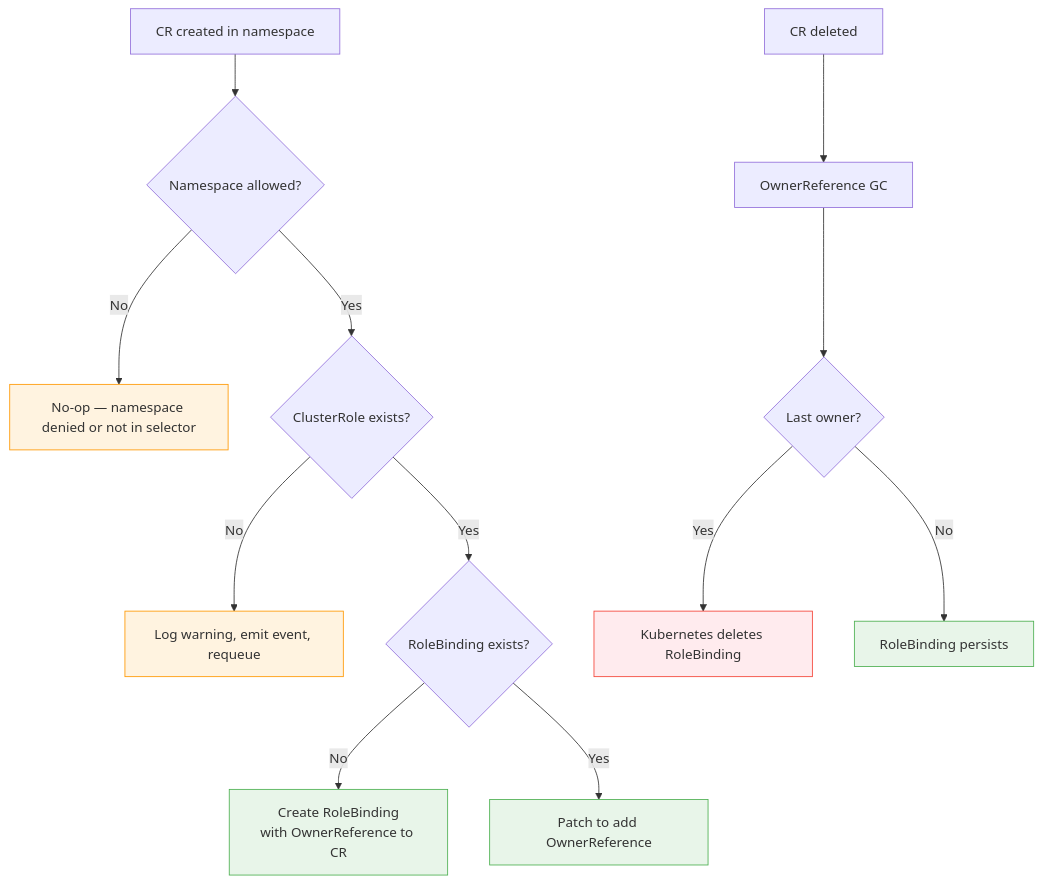
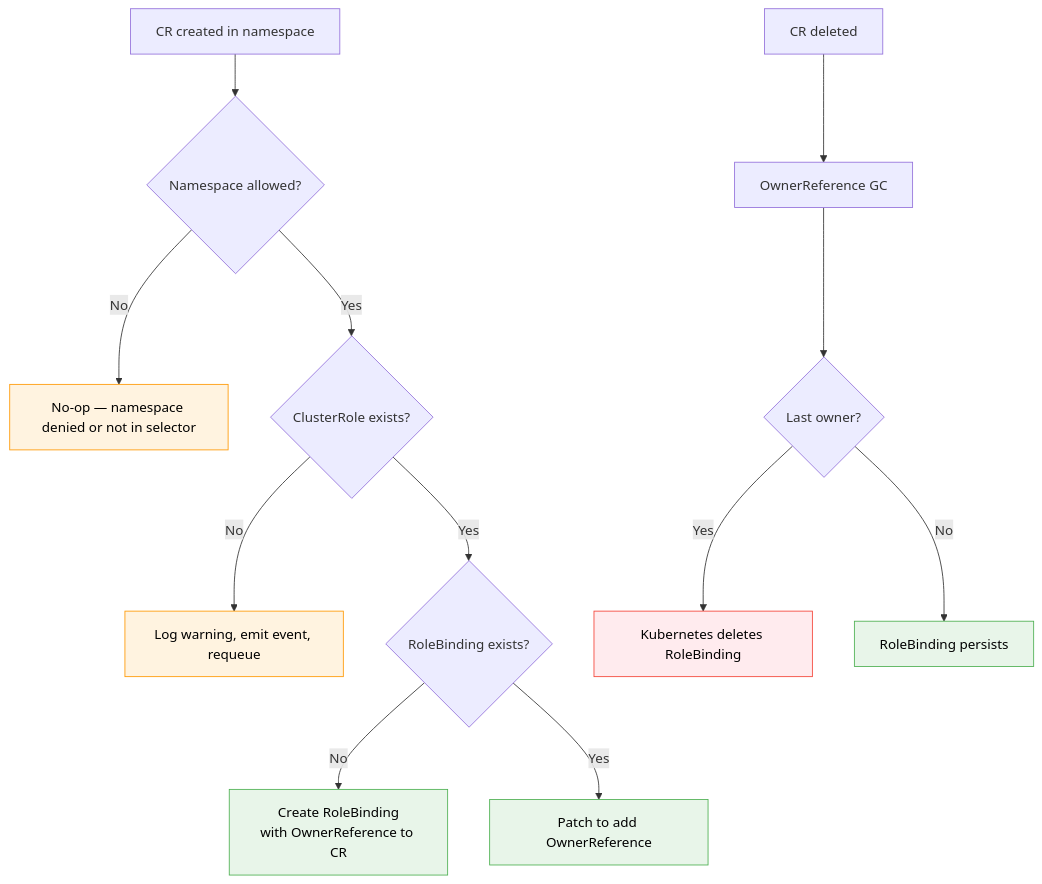
Before and after one commit to opendatahub-io/operator-rbac-toolkit: the diagram in site/docs/architecture/rbac-scoping.md, drawn with Mermaid. The commit also changed 9 other files, not shown here.

First line of the commit message:
fix(site): add explicit dark text color to all mermaid diagrams

````diff
--- a/site/docs/architecture/rbac-scoping.md
+++ b/site/docs/architecture/rbac-scoping.md
@@ -43,22 +43,22 @@
 ```mermaid
 flowchart TD
     A[CR created in namespace] --> B{Namespace allowed?}
     B -- No --> C[No-op — namespace denied or not in selector]
     B -- Yes --> D{ClusterRole exists?}
     D -- No --> E[Log warning, emit event, requeue]
     D -- Yes --> F{RoleBinding exists?}
     F -- No --> G[Create RoleBinding\nwith OwnerReference to CR]
     F -- Yes --> H[Patch to add OwnerReference]
     
     I[CR deleted] --> J[OwnerReference GC]
     J --> K{Last owner?}
     K -- Yes --> L[Kubernetes deletes RoleBinding]
     K -- No --> M[RoleBinding persists]
     
-    style C fill:#fff3e0,stroke:#FF9800
-    style E fill:#fff3e0,stroke:#FF9800
-    style G fill:#e8f5e9,stroke:#4CAF50
-    style H fill:#e8f5e9,stroke:#4CAF50
-    style L fill:#ffebee,stroke:#f44336
-    style M fill:#e8f5e9,stroke:#4CAF50
+    style C fill:#fff3e0,stroke:#FF9800,color:#000
+    style E fill:#fff3e0,stroke:#FF9800,color:#000
+    style G fill:#e8f5e9,stroke:#4CAF50,color:#000
+    style H fill:#e8f5e9,stroke:#4CAF50,color:#000
+    style L fill:#ffebee,stroke:#f44336,color:#000
+    style M fill:#e8f5e9,stroke:#4CAF50,color:#000
 ```
````
